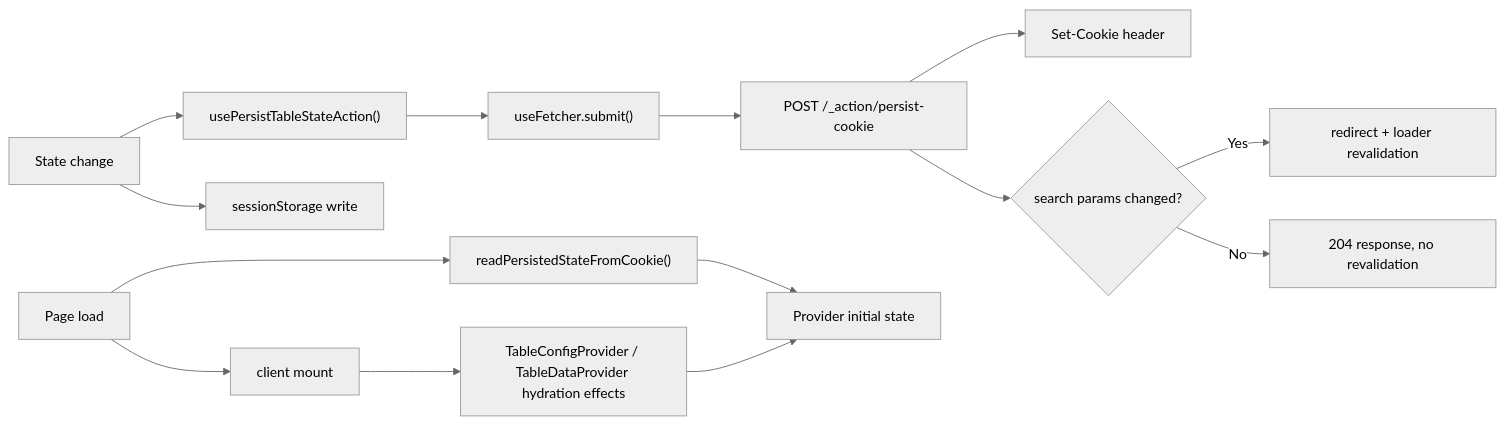
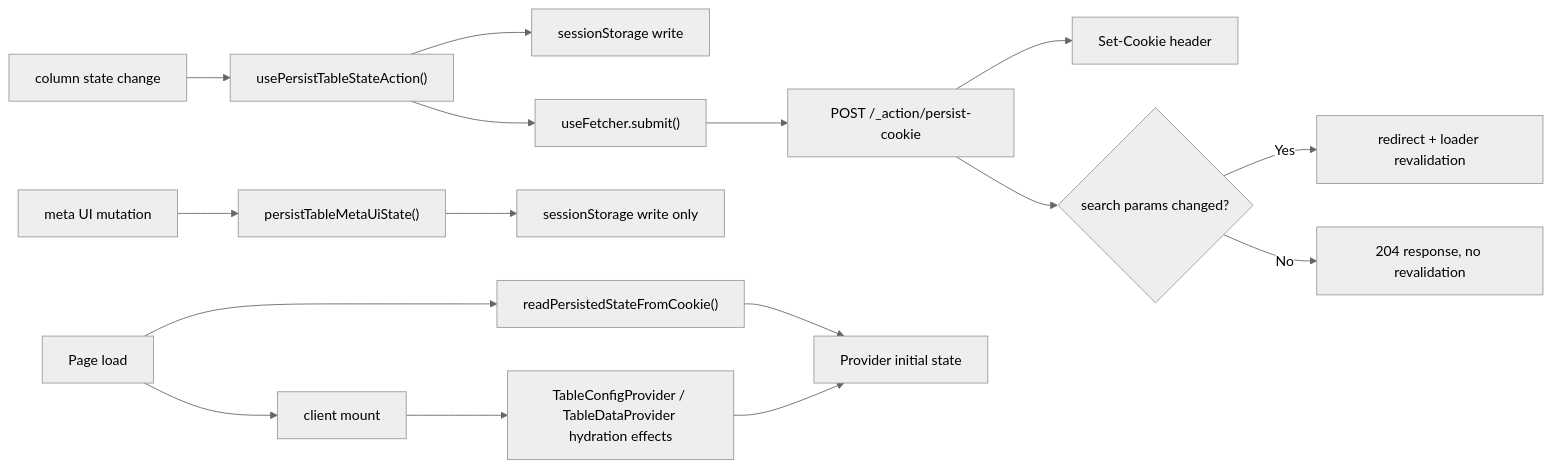
The fourth of 4 diagrams in apps/react-router/src/components/Table/ARCHITECTURE.md (luciocabrera/lcabrera-stack), drawn with Mermaid (neutral theme) before and after one commit. The commit also changed other lines of this file and 33 other files, not shown here.

````diff
--- a/apps/react-router/src/components/Table/ARCHITECTURE.md
+++ b/apps/react-router/src/components/Table/ARCHITECTURE.md
@@ -160,17 +161,20 @@
 ```mermaid
 graph LR
-  Change["State change"] --> Action["usePersistTableStateAction()"]
-  Change --> Session["sessionStorage write"]
-  Action --> Fetcher["useFetcher.submit()"]
+  ColumnChange["column state change"] --> ColumnAction["usePersistTableStateAction()"]
+  ColumnAction --> ColumnSession["sessionStorage write"]
+  ColumnAction --> Fetcher["useFetcher.submit()"]
   Fetcher --> Route["POST /_action/persist-cookie"]
   Route --> Cookie["Set-Cookie header"]
   Route --> Decision{"search params changed?"}
   Decision -->|Yes| Revalidate["redirect + loader revalidation"]
   Decision -->|No| Stable["204 response, no revalidation"]
+
+  MetaChange["meta UI mutation"] --> MetaAction["persistTableMetaUiState()"]
+  MetaAction --> MetaSession["sessionStorage write only"]
 
   Load["Page load"] --> CookieRead["readPersistedStateFromCookie()"]
   CookieRead --> Init["Provider initial state"]
   Load --> Mount["client mount"]
   Mount --> SessionRead["TableConfigProvider / TableDataProvider hydration effects"]
   SessionRead --> Init
 ```
````
